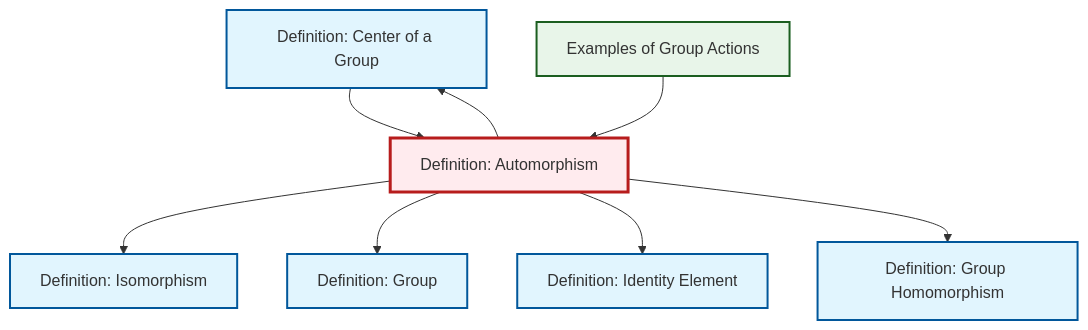
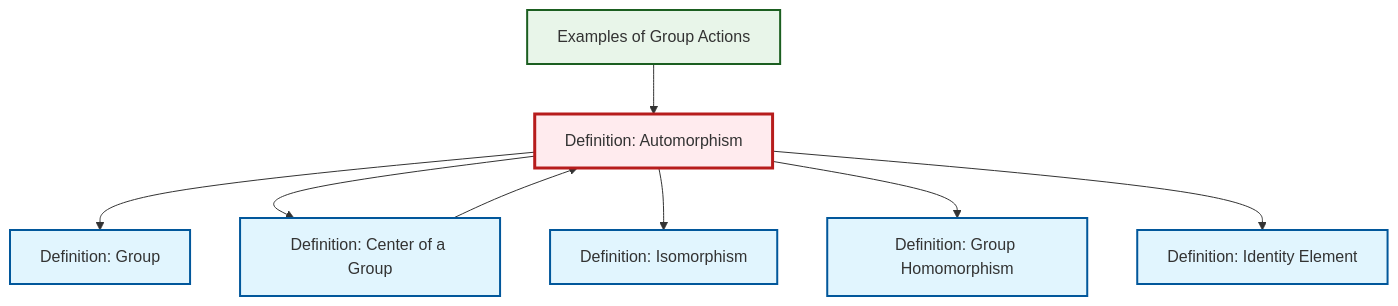
Before and after one commit to RK0429/ModernMath: the diagram in content/en/algebra/def-automorphism.qmd, drawn with Mermaid. The commit also changed other lines of this file and 672 other files, not shown here.

````diff
--- a/content/en/algebra/def-automorphism.qmd
+++ b/content/en/algebra/def-automorphism.qmd
@@ -101,30 +101,30 @@
 ```{mermaid}
 %%| fig-cap: "Local dependency graph"
 graph TD
     classDef definition fill:#e1f5fe,stroke:#01579b,stroke-width:2px
     classDef theorem fill:#f3e5f5,stroke:#4a148c,stroke-width:2px
     classDef axiom fill:#fff3e0,stroke:#e65100,stroke-width:2px
     classDef example fill:#e8f5e9,stroke:#1b5e20,stroke-width:2px
     classDef current fill:#ffebee,stroke:#b71c1c,stroke-width:3px
+    ex-group-action-examples["Examples of Group Actions"]:::example
+    def-isomorphism["Definition: Isomorphism"]:::definition
+    def-automorphism["Definition: Automorphism"]:::definition
+    def-homomorphism["Definition: Group Homomorphism"]:::definition
     def-identity-element["Definition: Identity Element"]:::definition
-    def-isomorphism["Definition: Isomorphism"]:::definition
+    def-group["Definition: Group"]:::definition
     def-center-of-group["Definition: Center of a Group"]:::definition
-    def-homomorphism["Definition: Group Homomorphism"]:::definition
-    def-automorphism["Definition: Automorphism"]:::definition
-    ex-group-action-examples["Examples of Group Actions"]:::example
-    def-group["Definition: Group"]:::definition
+    def-automorphism --> def-group
+    def-automorphism --> def-center-of-group
+    def-automorphism --> def-isomorphism
+    def-automorphism --> def-homomorphism
     def-center-of-group --> def-automorphism
-    def-automorphism --> def-isomorphism
-    def-automorphism --> def-group
     ex-group-action-examples --> def-automorphism
     def-automorphism --> def-identity-element
-    def-automorphism --> def-center-of-group
-    def-automorphism --> def-homomorphism
     class def-automorphism current
+    click ex-group-action-examples "ex-group-action-examples.html" "Go to Examples of Group Actions"
+    click def-isomorphism "def-isomorphism.html" "Go to Isomorphism definition"
+    click def-homomorphism "def-homomorphism.html" "Go to Group Homomorphism definition"
     click def-identity-element "def-identity-element.html" "Go to Identity Element definition"
-    click def-isomorphism "def-isomorphism.html" "Go to Isomorphism definition"
+    click def-group "def-group.html" "Go to Group definition"
     click def-center-of-group "def-center-of-group.html" "Go to Center of a Group definition"
-    click def-homomorphism "def-homomorphism.html" "Go to Group Homomorphism definition"
-    click ex-group-action-examples "ex-group-action-examples.html" "Go to Examples of Group Actions"
-    click def-group "def-group.html" "Go to Group definition"
 ```
````
